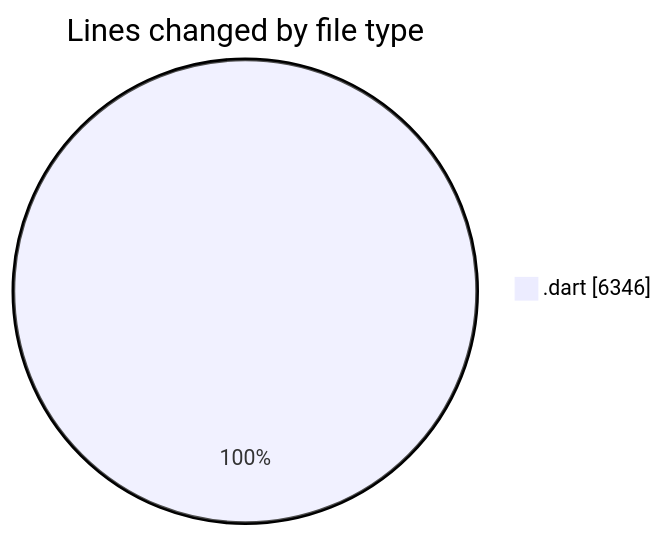
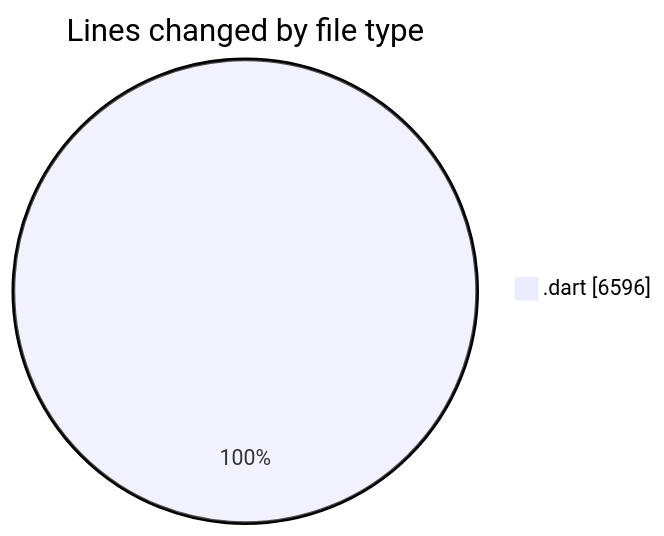
The first of 2 diagrams in 2025-08-28/studybuddy/README.md (lephambinh05/code-tracking), drawn with Mermaid before and after one commit. The commit also changed other lines of this file and 1 other file, not shown here.

````diff
--- a/2025-08-28/studybuddy/README.md
+++ b/2025-08-28/studybuddy/README.md
@@ -34,5 +35,5 @@
 ```mermaid
 pie showData
 title Lines changed by file type
-".dart" : 6346
+".dart" : 6596
 ```
````
